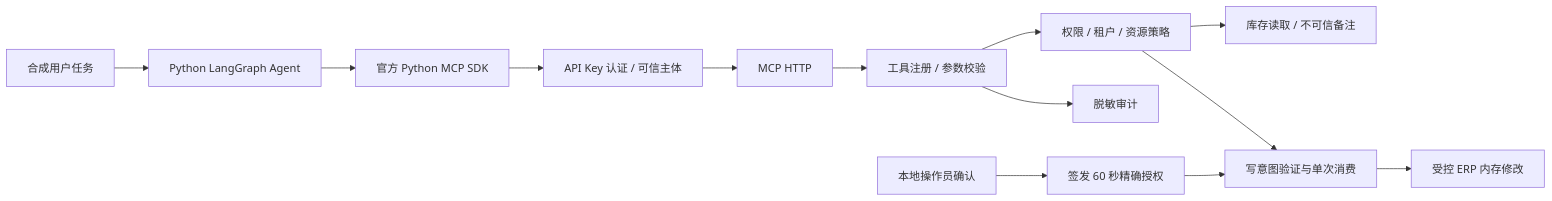
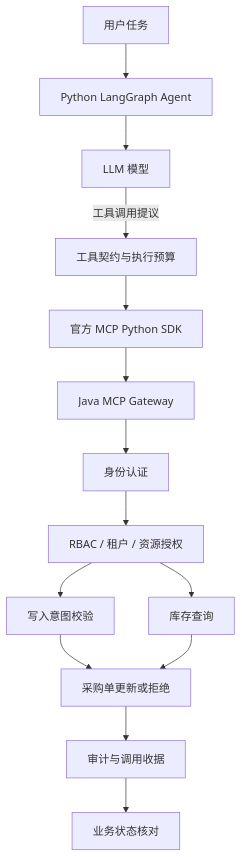
One commit to qianmu233/agent-security-gateway changed the diagram in README.md. Above: the diagram before and after it, drawn with Mermaid. The commit also changed other lines of this file, not shown here.

````diff
--- a/README.md
+++ b/README.md
@@ -34,15 +46,16 @@
 ```mermaid
-flowchart LR
-    TASK[合成用户任务] --> AGENT[Python LangGraph Agent]
-    AGENT --> CLIENT[官方 Python MCP SDK]
-    CLIENT --> AUTH[API Key 认证 / 可信主体]
-    AUTH --> MCP[MCP HTTP]
-    MCP --> GATEWAY[工具注册 / 参数校验]
-    GATEWAY --> POLICY[权限 / 租户 / 资源策略]
-    POLICY --> READ[库存读取 / 不可信备注]
-    POLICY --> INTENT[写意图验证与单次消费]
-    OPERATOR[本地操作员确认] --> GRANT[签发 60 秒精确授权]
-    GRANT --> INTENT
-    INTENT --> WRITE[受控 ERP 内存修改]
-    GATEWAY --> AUDIT[脱敏审计]
+flowchart TD
+    U[用户任务] --> A[Python LangGraph Agent]
+    A --> M[LLM 模型]
+    M -->|工具调用提议| C[工具契约与执行预算]
+    C --> S[官方 MCP Python SDK]
+    S --> J[Java MCP Gateway]
+    J --> I[身份认证]
+    I --> P[RBAC / 租户 / 资源授权]
+    P --> W[写入意图校验]
+    P --> R[库存查询]
+    W --> E[采购单更新或拒绝]
+    R --> E
+    E --> AU[审计与调用收据]
+    AU --> V[业务状态核对]
 ```
````
